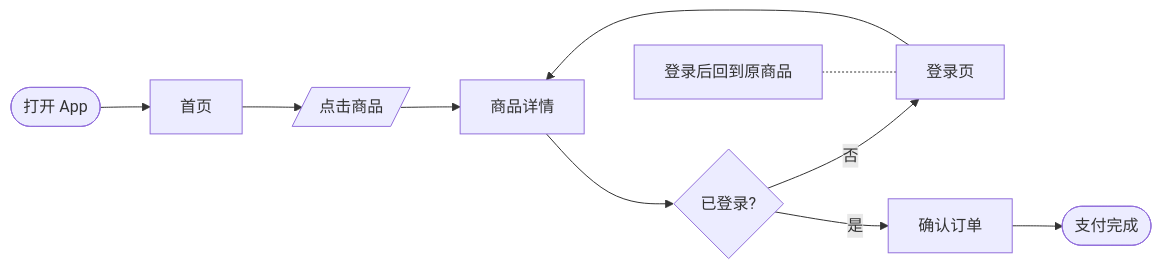
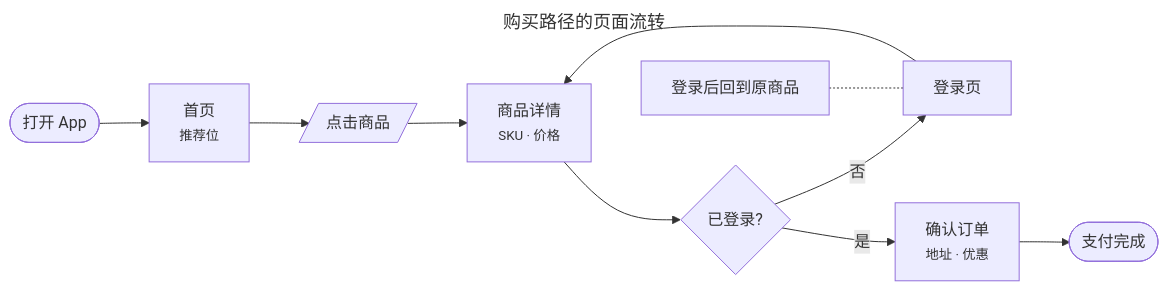
One commit to huang-hee/diagram-kit changed the third of 5 diagrams in references/types-product.md. Above: the diagram before and after it, drawn with Mermaid. The commit also changed other lines of this file and 248 other files, not shown here.

First line of the commit message:
feat: 示例按统一风格重做，补齐 42 张 drawio 整图示例，默认工具改为 drawio

````diff
--- a/references/types-product.md
+++ b/references/types-product.md
@@ -107,9 +110,12 @@
 ```mermaid
+---
+title: 购买路径的页面流转
+---
 flowchart LR
-  IN([打开 App]):::entry --> P1[首页]:::page
-  P1 --> A1[/点击商品/]:::action --> P2[商品详情]:::page
+  IN([打开 App]):::entry --> P1["首页<br><small>推荐位</small>"]:::page
+  P1 --> A1[/点击商品/]:::action --> P2["商品详情<br><small>SKU · 价格</small>"]:::page
   P2 --> D{已登录?}:::decision
   D -- 否 --> P3[登录页]:::page --> P2
-  D -- 是 --> P4[确认订单]:::page --> OUT([支付完成]):::entry
+  D -- 是 --> P4["确认订单<br><small>地址 · 优惠</small>"]:::page --> OUT([支付完成]):::entry
   N[登录后回到原商品]:::annotation -.- P3
 ```
````
